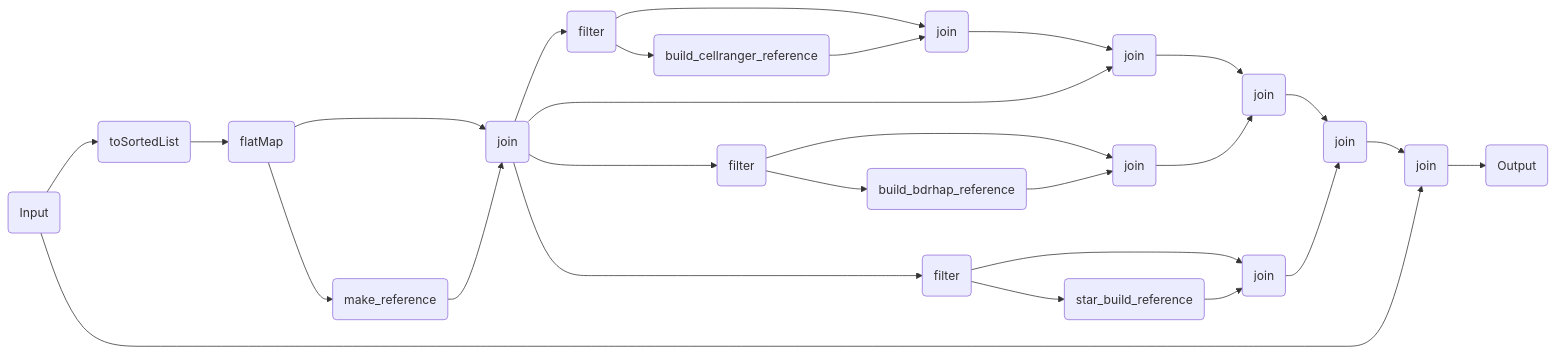
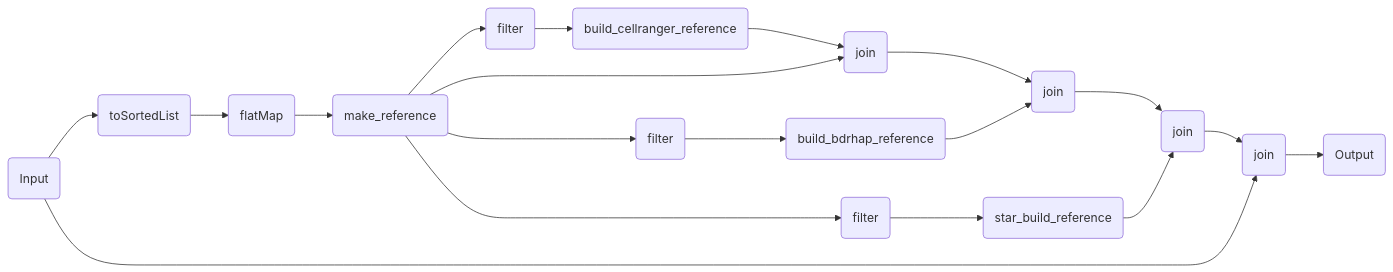
The diagram in components/workflows/ingestion/make_reference.qmd (openpipelines-bio/website), drawn with Mermaid before and after one commit. The commit also changed other lines of this file and 15 other files, not shown here.

````diff
--- a/components/workflows/ingestion/make_reference.qmd
+++ b/components/workflows/ingestion/make_reference.qmd
@@ -115,50 +117,38 @@
 ```{mermaid}
 %%| column: screen-inset-shaded
 flowchart LR
     p0(Input)
     p2(toSortedList)
     p4(flatMap)
-    p14(join)
     p12(make_reference)
     p17(filter)
-    p25(join)
     p23(build_cellranger_reference)
     p54(join)
     p29(filter)
-    p37(join)
     p35(build_bdrhap_reference)
     p55(join)
     p41(filter)
-    p49(join)
     p47(star_build_reference)
     p56(join)
     p57(join)
     p62(Output)
     p54-->p55
     p55-->p56
     p56-->p57
     p0-->p2
     p2-->p4
-    p4-->p14
     p4-->p12
-    p12-->p14
-    p14-->p17
-    p17-->p25
+    p12-->p17
     p17-->p23
-    p23-->p25
-    p25-->p54
-    p14-->p29
-    p29-->p37
+    p23-->p54
+    p12-->p29
     p29-->p35
-    p35-->p37
-    p37-->p55
-    p14-->p41
-    p41-->p49
+    p35-->p55
+    p12-->p41
     p41-->p47
-    p47-->p49
-    p49-->p56
+    p47-->p56
     p0-->p57
-    p14-->p54
+    p12-->p54
     p57-->p62
 
 ```
````
